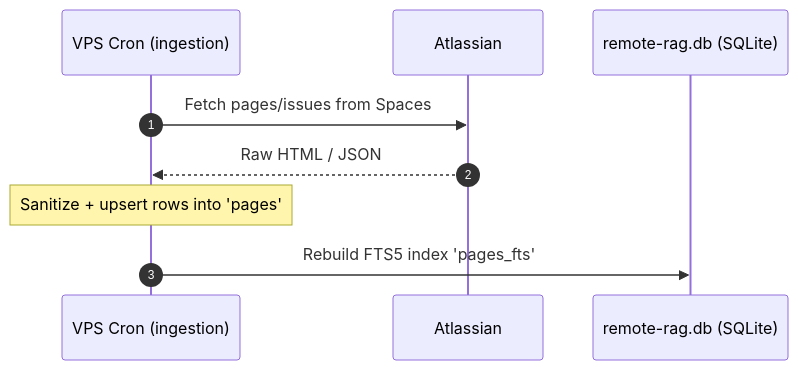
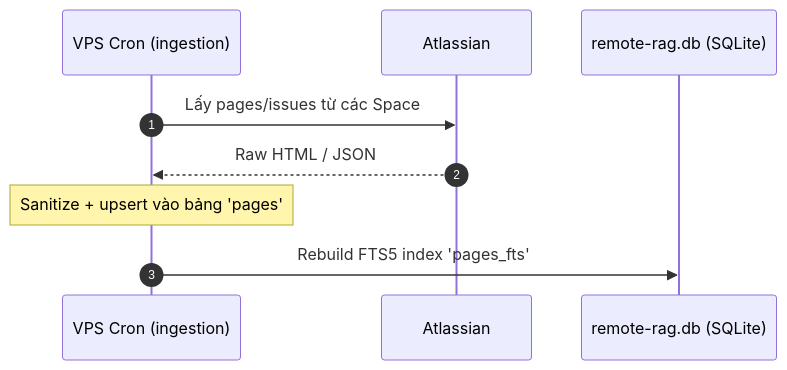
Before and after one commit to cachep-xidau/MCP-server: the third of 5 diagrams in README.md, drawn with Mermaid. The commit also changed other lines of this file, not shown here.

````diff
--- a/README.md
+++ b/README.md
@@ -89,12 +89,12 @@
 ```mermaid
 sequenceDiagram
     autonumber
     participant Cron as VPS Cron (ingestion)
     participant Atlas as Atlassian
     participant DB as remote-rag.db (SQLite)
 
-    Cron->>Atlas: Fetch pages/issues from Spaces
+    Cron->>Atlas: Lấy pages/issues từ các Space
     Atlas-->>Cron: Raw HTML / JSON
-    Note over Cron: Sanitize + upsert rows into 'pages'
+    Note over Cron: Sanitize + upsert vào bảng 'pages'
     Cron->>DB: Rebuild FTS5 index 'pages_fts'
 ```
````
